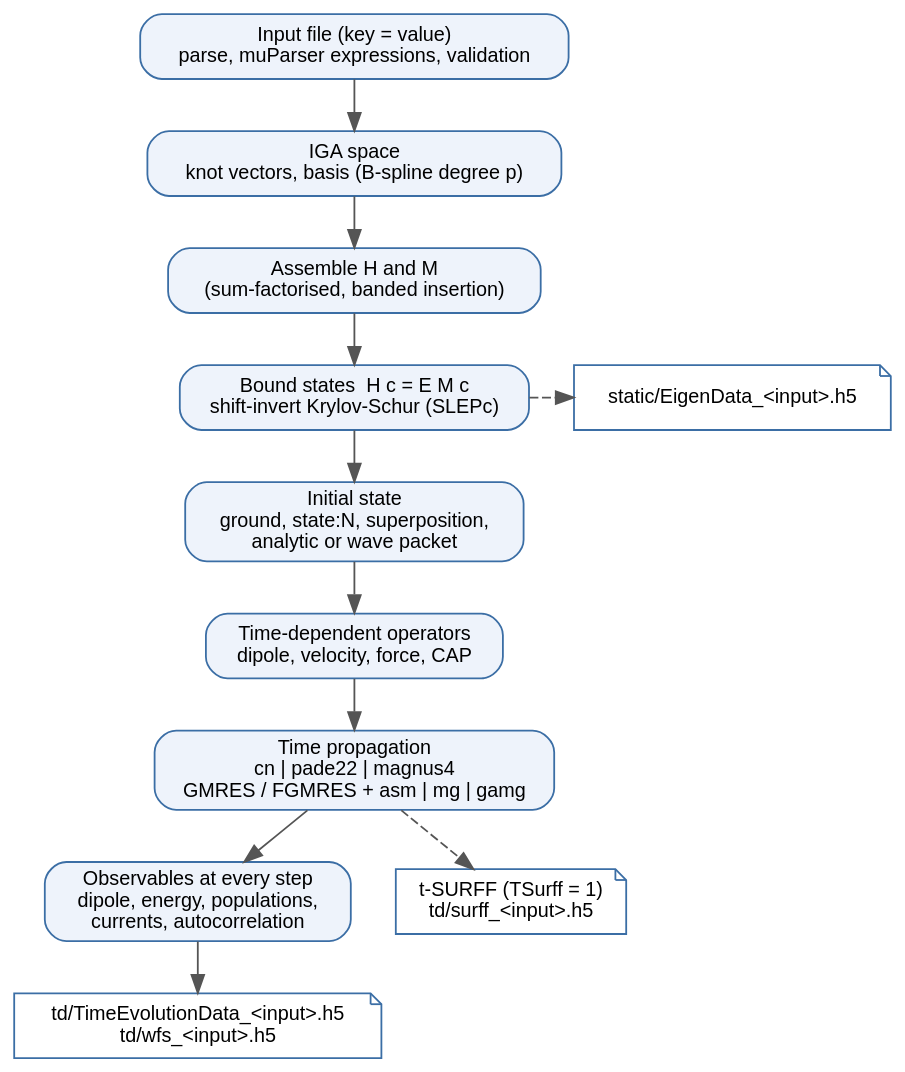
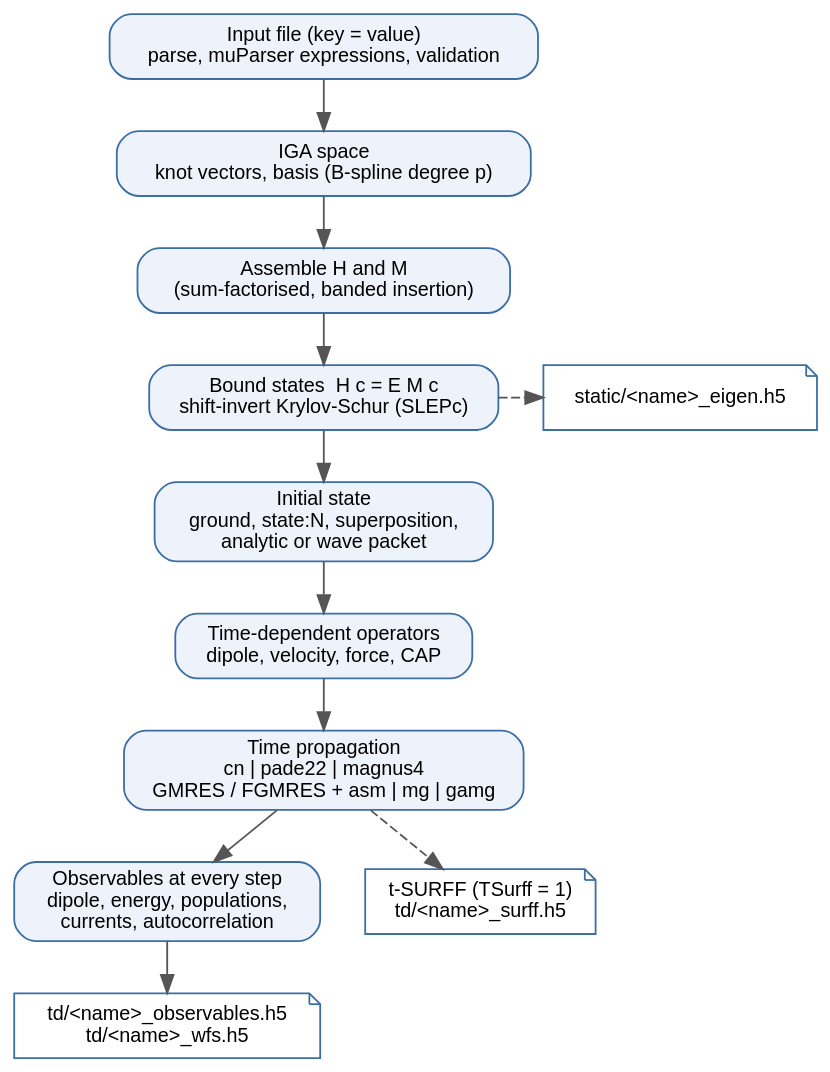
The diagram in docs/docs_sphinx/figures/overview_workflow.dot (dahbiz/tdsez), drawn with Graphviz before and after one commit. The commit also changed 46 other files, not shown here.

First line of the commit message:
Output file names: static/<name>_* and td/<name>_*

```diff
--- a/docs/docs_sphinx/figures/overview_workflow.dot
+++ b/docs/docs_sphinx/figures/overview_workflow.dot
@@ -1,25 +1,25 @@
 digraph overview_workflow {
   rankdir=TB;
   graph [fontname="Helvetica", fontsize=11, nodesep=0.35, ranksep=0.4, bgcolor="transparent"];
   node  [fontname="Helvetica", fontsize=11, shape=box, style="rounded,filled", fillcolor="#eef3fb", color="#3b6ea5"];
   edge  [fontname="Helvetica", fontsize=10, color="#555555"];
 
   input   [label="Input file (key = value)\nparse, muParser expressions, validation"];
   grid    [label="IGA space\nknot vectors, basis (B-spline degree p)"];
   assemble[label="Assemble H and M\n(sum-factorised, banded insertion)"];
   eig     [label="Bound states  H c = E M c\nshift-invert Krylov-Schur (SLEPc)"];
-  static  [label="static/EigenData_<input>.h5", shape=note, fillcolor="#ffffff"];
+  static  [label="static/<name>_eigen.h5", shape=note, fillcolor="#ffffff"];
   psi0    [label="Initial state\nground, state:N, superposition,\nanalytic or wave packet"];
   ops     [label="Time-dependent operators\ndipole, velocity, force, CAP"];
   prop    [label="Time propagation\ncn | pade22 | magnus4\nGMRES / FGMRES + asm | mg | gamg"];
   mon     [label="Observables at every step\ndipole, energy, populations,\ncurrents, autocorrelation"];
-  td      [label="td/TimeEvolutionData_<input>.h5\ntd/wfs_<input>.h5", shape=note, fillcolor="#ffffff"];
-  surff   [label="t-SURFF (TSurff = 1)\ntd/surff_<input>.h5", shape=note, fillcolor="#ffffff"];
+  td      [label="td/<name>_observables.h5\ntd/<name>_wfs.h5", shape=note, fillcolor="#ffffff"];
+  surff   [label="t-SURFF (TSurff = 1)\ntd/<name>_surff.h5", shape=note, fillcolor="#ffffff"];
 
   input -> grid -> assemble -> eig -> psi0;
   eig -> static [style=dashed];
   psi0 -> ops -> prop -> mon -> td;
   prop -> surff [style=dashed];
   {rank=same; eig; static}
   {rank=same; mon; surff}
 }
```
